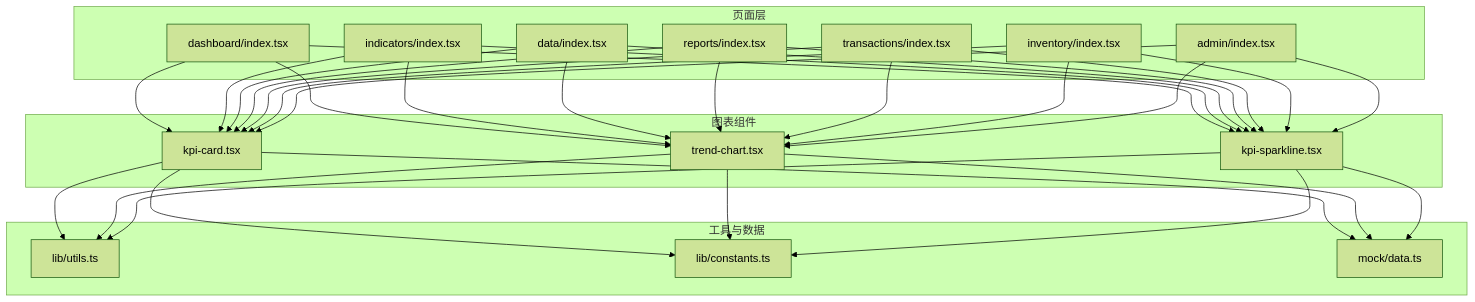
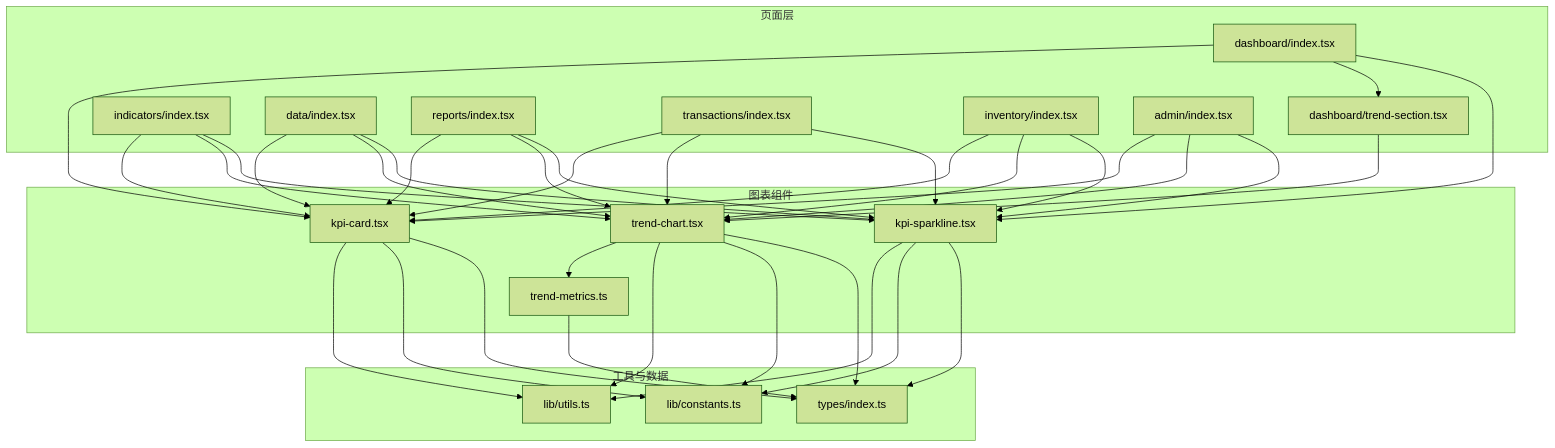
Before and after one commit to Damao997/newproject: the first of 5 diagrams in .qoder/repowiki/zh/content/性能优化/渲染优化/图表组件性能优化.md, drawn with Mermaid (forest theme). The commit also changed other lines of this file and 57 other files, not shown here.

````diff
--- a/.qoder/repowiki/zh/content/性能优化/渲染优化/图表组件性能优化.md
+++ b/.qoder/repowiki/zh/content/性能优化/渲染优化/图表组件性能优化.md
@@ -38,52 +49,57 @@
 ```mermaid
 graph TB
 subgraph "页面层"
 D["dashboard/index.tsx"]
+TS["dashboard/trend-section.tsx"]
 I["indicators/index.tsx"]
 DT["data/index.tsx"]
 R["reports/index.tsx"]
 T["transactions/index.tsx"]
 INV["inventory/index.tsx"]
 A["admin/index.tsx"]
 end
 subgraph "图表组件"
 KC["kpi-card.tsx"]
 TC["trend-chart.tsx"]
 KS["kpi-sparkline.tsx"]
+TM["trend-metrics.ts"]
 end
 subgraph "工具与数据"
 U["lib/utils.ts"]
 C["lib/constants.ts"]
-M["mock/data.ts"]
+TY["types/index.ts"]
 end
 D --> KC
-D --> TC
+D --> TS
+TS --> TC
+TC --> TM
 D --> KS
 I --> KC
 I --> TC
 I --> KS
 DT --> KC
 DT --> TC
 DT --> KS
 R --> KC
 R --> TC
 R --> KS
 T --> KC
 T --> TC
 T --> KS
 INV --> KC
 INV --> TC
 INV --> KS
 A --> KC
 A --> TC
 A --> KS
 KC --> U
 KC --> C
-KC --> M
+KC --> TY
 TC --> U
 TC --> C
-TC --> M
+TC --> TY
 KS --> U
 KS --> C
-KS --> M
+KS --> TY
+TM --> TY
 ```
````
